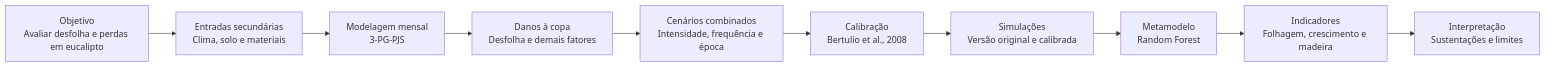
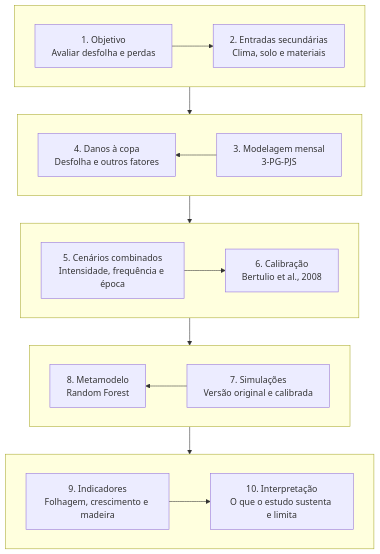
One commit to beteixeira135-cmyk/Akademia changed the diagram in handoff_claude/diagramas/01-arquitetura-geral.mmd. Above: the diagram before and after it, drawn with Mermaid. The commit also changed 22 other files, not shown here.

```diff
--- a/handoff_claude/diagramas/01-arquitetura-geral.mmd
+++ b/handoff_claude/diagramas/01-arquitetura-geral.mmd
@@ -1,10 +1,25 @@
-flowchart LR
-    A["Objetivo<br/>Avaliar desfolha e perdas em eucalipto"] --> B["Entradas secundárias<br/>Clima, solo e materiais"]
-    B --> C["Modelagem mensal<br/>3-PG-PJS"]
-    C --> D["Danos à copa<br/>Desfolha e demais fatores"]
-    D --> E["Cenários combinados<br/>Intensidade, frequência e época"]
-    E --> F["Calibração<br/>Bertulio et al., 2008"]
-    F --> G["Simulações<br/>Versão original e calibrada"]
-    G --> H["Metamodelo<br/>Random Forest"]
-    H --> I["Indicadores<br/>Folhagem, crescimento e madeira"]
-    I --> J["Interpretação<br/>Sustentações e limites"]
+flowchart TB
+    subgraph R1[" "]
+        direction LR
+        A["1. Objetivo<br/>Avaliar desfolha e perdas"] --> B["2. Entradas secundárias<br/>Clima, solo e materiais"]
+    end
+    subgraph R2[" "]
+        direction RL
+        C["3. Modelagem mensal<br/>3-PG-PJS"] -->         D["4. Danos à copa<br/>Desfolha e outros fatores"]
+    end
+    subgraph R3[" "]
+        direction LR
+        E["5. Cenários combinados<br/>Intensidade, frequência e época"] --> F["6. Calibração<br/>Bertulio et al., 2008"]
+    end
+    subgraph R4[" "]
+        direction RL
+        G["7. Simulações<br/>Versão original e calibrada"] --> H["8. Metamodelo<br/>Random Forest"]
+    end
+    subgraph R5[" "]
+        direction LR
+        I["9. Indicadores<br/>Folhagem, crescimento e madeira"] --> J["10. Interpretação<br/>O que o estudo sustenta e limita"]
+    end
+    B --> C
+    D --> E
+    F --> G
+    H --> I
```
